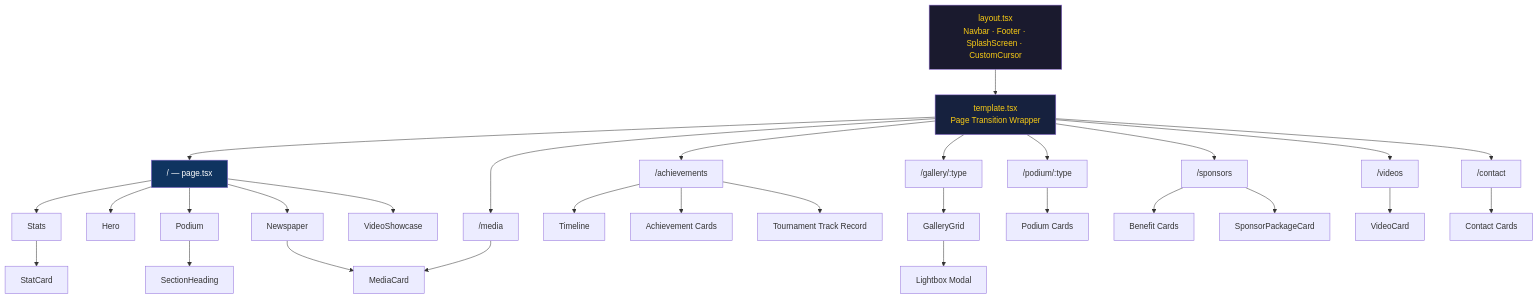
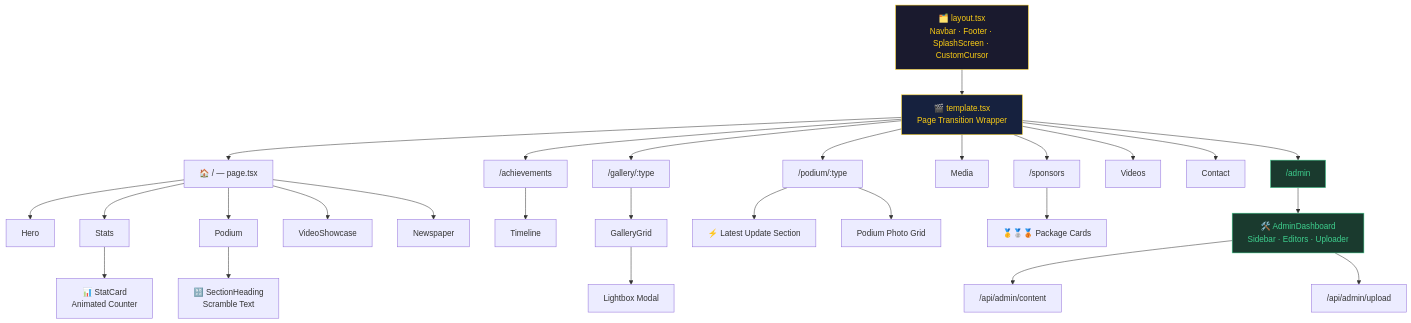
The second of 7 diagrams in README.md (Aakashwije/Matheesha_portfolio), drawn with Mermaid before and after one commit. The commit also changed other lines of this file, not shown here.

Commit message:
Enhance README.md: Revamp portfolio description, add admin dashboard details, and update tech stack badges

````diff
--- a/README.md
+++ b/README.md
@@ -305,45 +233,43 @@
 ```mermaid
 graph TD
-  Layout["layout.tsx\nNavbar · Footer · SplashScreen · CustomCursor"]
-  Template["template.tsx\nPage Transition Wrapper"]
+  Layout["🗂️ layout.tsx\nNavbar · Footer · SplashScreen · CustomCursor"]
+  Template["🎬 template.tsx\nPage Transition Wrapper"]
 
   Layout --> Template
   Template --> Home
   Template --> Achievements
   Template --> Gallery
   Template --> Podium
   Template --> Media
   Template --> Sponsors
   Template --> Videos
   Template --> Contact
+  Template --> Admin
 
-  Home["/ — page.tsx"] --> Hero
+  Home["🏠 / — page.tsx"] --> Hero
   Home --> Stats
-  Home --> PodiumComp[Podium]
+  Home --> PodiumComp["Podium"]
   Home --> VideoShowcase
   Home --> Newspaper
 
-  Stats --> StatCard
-  PodiumComp --> SectionHeading
-  Newspaper --> MediaCard
+  Stats --> StatCard["📊 StatCard\nAnimated Counter"]
+  PodiumComp --> SectionHeading["🔡 SectionHeading\nScramble Text"]
 
   Achievements["/achievements"] --> Timeline
-  Achievements --> AchievementCards[Achievement Cards]
-  Achievements --> AchievementSections[Tournament Track Record]
+  Gallery["/gallery/:type"] --> GalleryGrid
+  GalleryGrid --> Lightbox["Lightbox Modal"]
 
-  Gallery["/gallery/:type"] --> GalleryGrid
-  GalleryGrid --> Lightbox[Lightbox Modal]
+  Podium["/podium/:type"] --> LatestUpdate["⚡ Latest Update Section"]
+  Podium --> PodiumCards["Podium Photo Grid"]
 
-  Podium["/podium/:type"] --> PodiumCards[Podium Cards]
+  Sponsors["/sponsors"] --> SponsorPackageCard["🥇🥈🥉 Package Cards"]
 
-  Sponsors["/sponsors"] --> SponsorBenefits[Benefit Cards]
-  Sponsors --> SponsorPackageCard
+  Admin["/admin"] --> AdminDashboard["🛠️ AdminDashboard\nSidebar · Editors · Uploader"]
+  AdminDashboard --> ContentAPI["/api/admin/content"]
+  AdminDashboard --> UploadAPI["/api/admin/upload"]
 
-  Videos["/videos"] --> VideoCard
-  Media["/media"] --> MediaCard
-  Contact["/contact"] --> ContactCards[Contact Cards]
-
-  style Layout fill:#1a1a2e,color:#facc15
-  style Template fill:#16213e,color:#facc15
-  style Home fill:#0f3460,color:#fff
+  style Layout fill:#1a1a2e,color:#facc15,stroke:#facc15
+  style Template fill:#16213e,color:#facc15,stroke:#facc15
+  style Admin fill:#1a3a2e,color:#3ECF8E,stroke:#3ECF8E
+  style AdminDashboard fill:#1a3a2e,color:#3ECF8E,stroke:#3ECF8E
 ```
````
